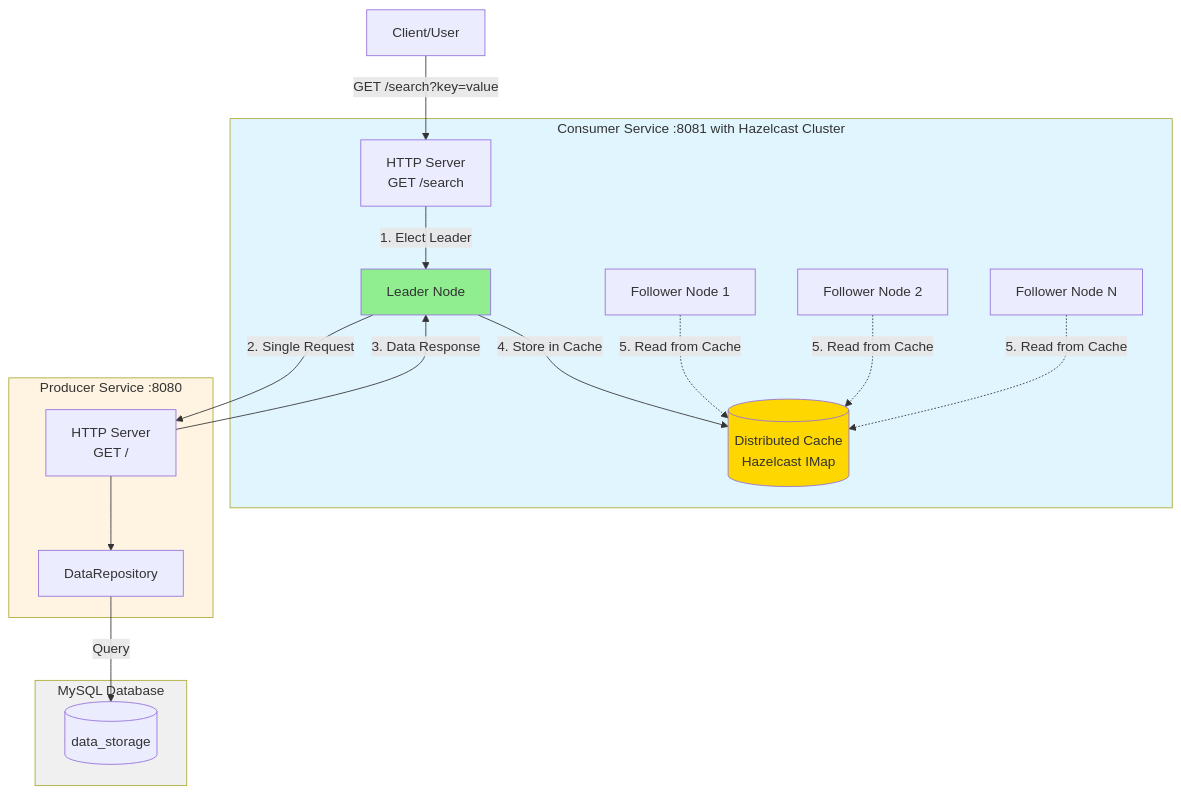
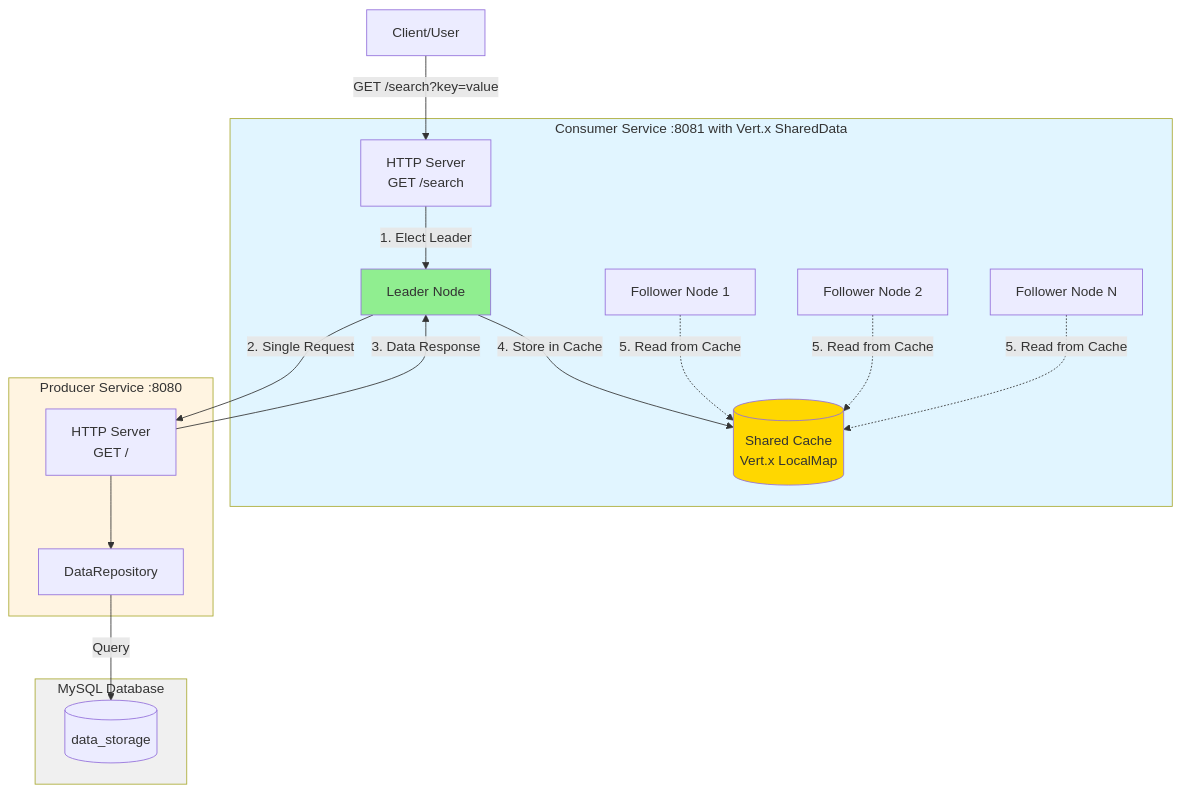
One commit to adutta-cloud/vertx-request-collapser changed the third of 4 diagrams in README.md. Above: the diagram before and after it, drawn with Mermaid. The commit also changed other lines of this file and 12 other files, not shown here.

First line of the commit message:
feat: implement request collapsing with Vert.x SharedData and leader election

````diff
--- a/README.md
+++ b/README.md
@@ -325,39 +325,39 @@
 ```mermaid
 graph TB
     Client[Client/User]
     
-    subgraph Consumer["Consumer Service :8081 with Hazelcast Cluster"]
+    subgraph Consumer["Consumer Service :8081 with Vert.x SharedData"]
         API[HTTP Server<br/>GET /search]
         Leader[Leader Node]
         Node1[Follower Node 1]
         Node2[Follower Node 2]
         NodeN[Follower Node N]
-        Cache[(Distributed Cache<br/>Hazelcast IMap)]
+        Cache[(Shared Cache<br/>Vert.x LocalMap)]
     end
     
     subgraph Producer["Producer Service :8080"]
         PAPI[HTTP Server<br/>GET /]
         Repo[DataRepository]
     end
     
     subgraph Database["MySQL Database"]
         DB[(data_storage)]
     end
     
     Client -->|GET /search?key=value| API
     API -->|1. Elect Leader| Leader
     Leader -->|2. Single Request| PAPI
     PAPI --> Repo
     Repo -->|Query| DB
     PAPI -->|3. Data Response| Leader
     Leader -->|4. Store in Cache| Cache
     Node1 -.->|5. Read from Cache| Cache
     Node2 -.->|5. Read from Cache| Cache
     NodeN -.->|5. Read from Cache| Cache
     
     style Consumer fill:#e1f5ff
     style Producer fill:#fff4e1
     style Database fill:#f0f0f0
     style Leader fill:#90EE90
     style Cache fill:#FFD700
 ```
````
